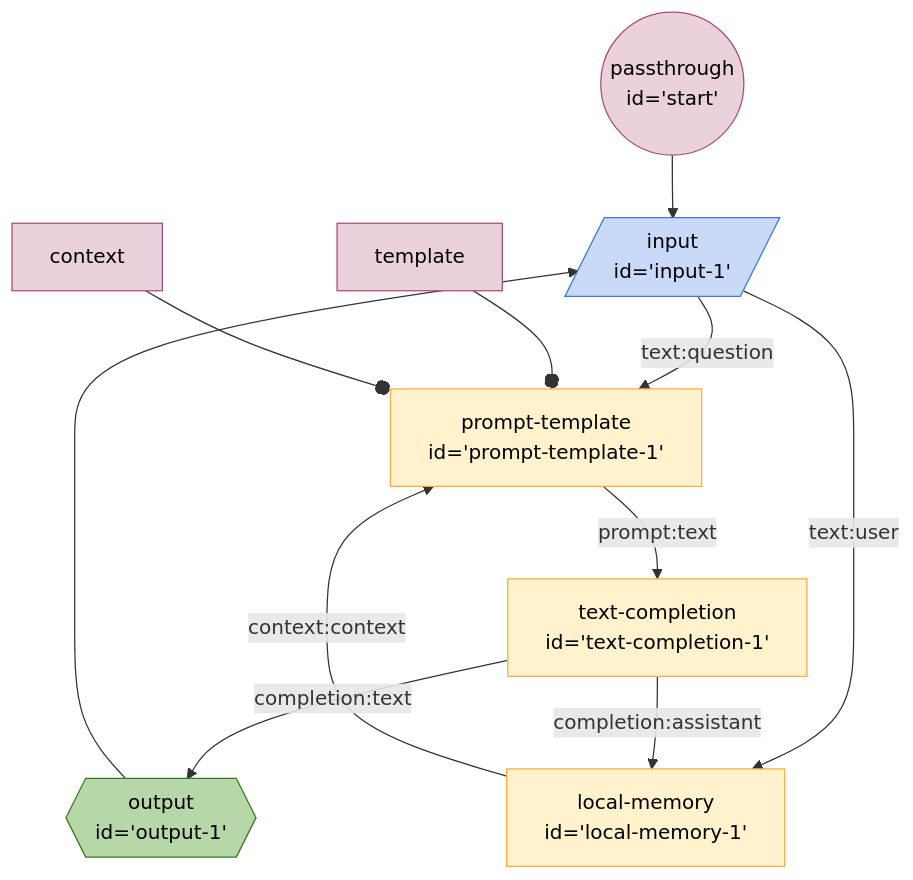
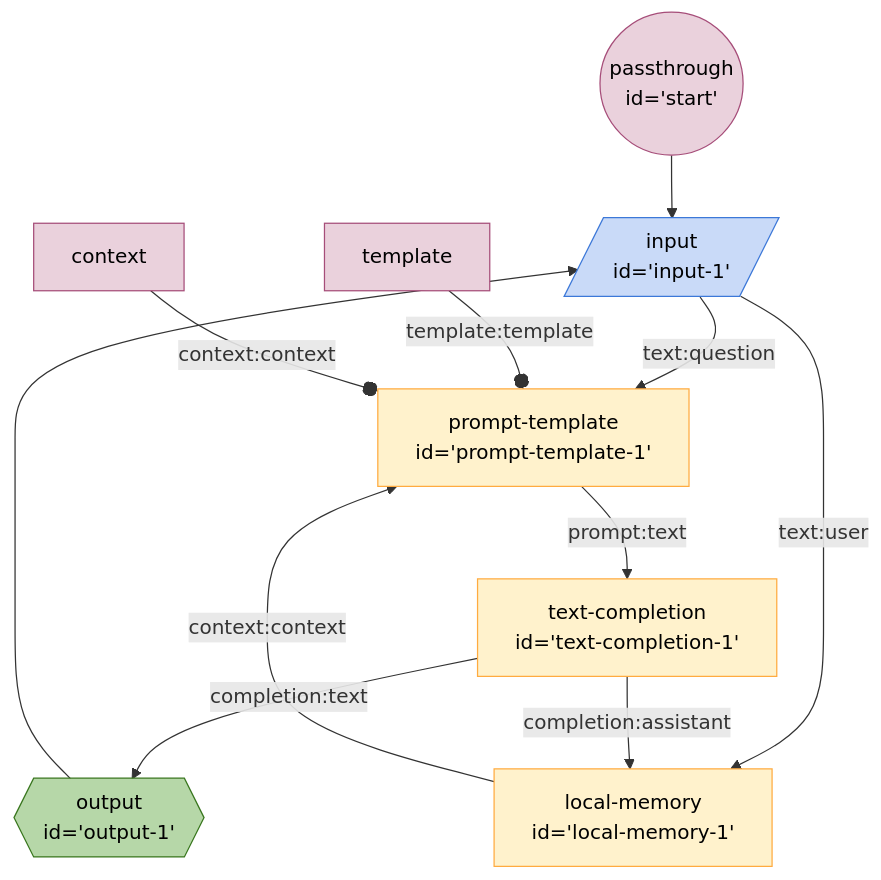
One commit to breadboard-ai/breadboard changed the diagram in seeds/graph-playground/docs/graphs/accumulating-context.md. Above: the diagram before and after it, drawn with Mermaid. The commit also changed 13 other files, not shown here.

Commit message:
[graph] Add proper edge markers for constants.

````diff
--- a/seeds/graph-playground/docs/graphs/accumulating-context.md
+++ b/seeds/graph-playground/docs/graphs/accumulating-context.md
@@ -4,37 +4,37 @@
 ```mermaid
 %%{init: 'themeVariables': { 'fontFamily': 'Fira Code, monospace' }}%%
 graph TD;
 start(("passthrough
 id='start'")):::passthrough --> input1[/"input
 id='input-1'"/]:::input
 input1[/"input
 id='input-1'"/]:::input -- text:question --> prompttemplate1["prompt-template
 id='prompt-template-1'"]
 prompttemplate1["prompt-template
 id='prompt-template-1'"] -- prompt:text --> textcompletion1["text-completion
 id='text-completion-1'"]
 textcompletion1["text-completion
 id='text-completion-1'"] -- completion:text --> output1{{"output
 id='output-1'"}}:::output
 input1[/"input
 id='input-1'"/]:::input -- text:user --> localmemory1["local-memory
 id='local-memory-1'"]
 textcompletion1["text-completion
 id='text-completion-1'"] -- completion:assistant --> localmemory1["local-memory
 id='local-memory-1'"]
 output1{{"output
 id='output-1'"}}:::output --> input1[/"input
 id='input-1'"/]:::input
 localmemory1["local-memory
 id='local-memory-1'"] -- context:context --> prompttemplate1["prompt-template
 id='prompt-template-1'"]
-templateprompttemplate1[template]:::config --o prompttemplate1
-contextprompttemplate1[context]:::config --o prompttemplate1
+templateprompttemplate1[template]:::config -- template:template --o prompttemplate1
+contextprompttemplate1[context]:::config -- context:context --o prompttemplate1
 classDef default stroke:#ffab40,fill:#fff2ccff,color:#000
 classDef input stroke:#3c78d8,fill:#c9daf8ff,color:#000
 classDef output stroke:#38761d,fill:#b6d7a8ff,color:#000
 classDef passthrough stroke:#a64d79,fill:#ead1dcff,color:#000
 classDef slot stroke:#a64d79,fill:#ead1dcff,color:#000
 classDef config stroke:#a64d79,fill:#ead1dcff,color:#000
 classDef slotted stroke:#a64d79
 ```
````
